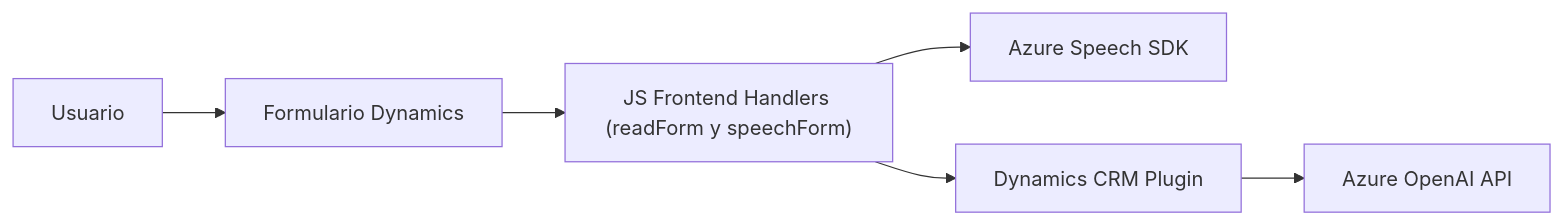
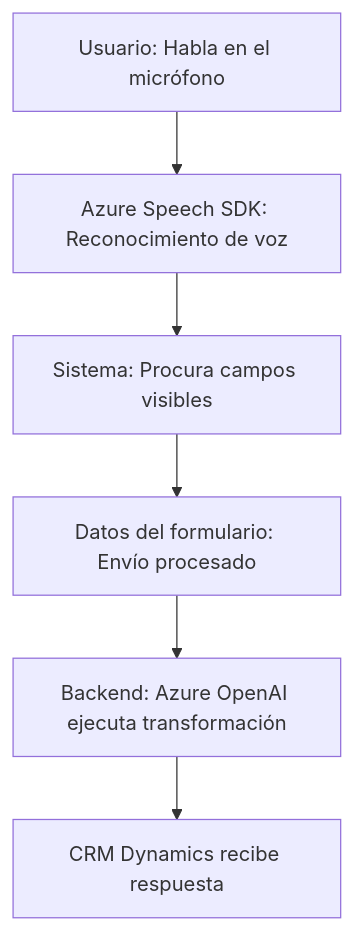
One commit to blopezdm/NETCORE_BILBAO2025 changed the first of 3 diagrams in README.md. Above: the diagram before and after it, drawn with Mermaid. The commit also changed other lines of this file, not shown here.

````diff
--- a/README.md
+++ b/README.md
@@ -31,15 +43,8 @@
 ```mermaid
-graph LR
-  A["Usuario"]
-  B["Formulario Dynamics"]
-  C["Azure Speech SDK"]
-  D["JS Frontend Handlers (readForm y speechForm)"]
-  E["Dynamics CRM Plugin"]
-  F["Azure OpenAI API"]
-
-  A --> B
-  B --> D
-  D --> C
-  D --> E
-  E --> F
+graph TD
+    A["Usuario: Habla en el micrófono"] --> B["Azure Speech SDK: Reconocimiento de voz"]
+    B --> C["Sistema: Procura campos visibles"]
+    C --> D["Datos del formulario: Envío procesado"]
+    D --> E["Backend: Azure OpenAI ejecuta transformación"]
+    E --> F["CRM Dynamics recibe respuesta"]
 ```
````
